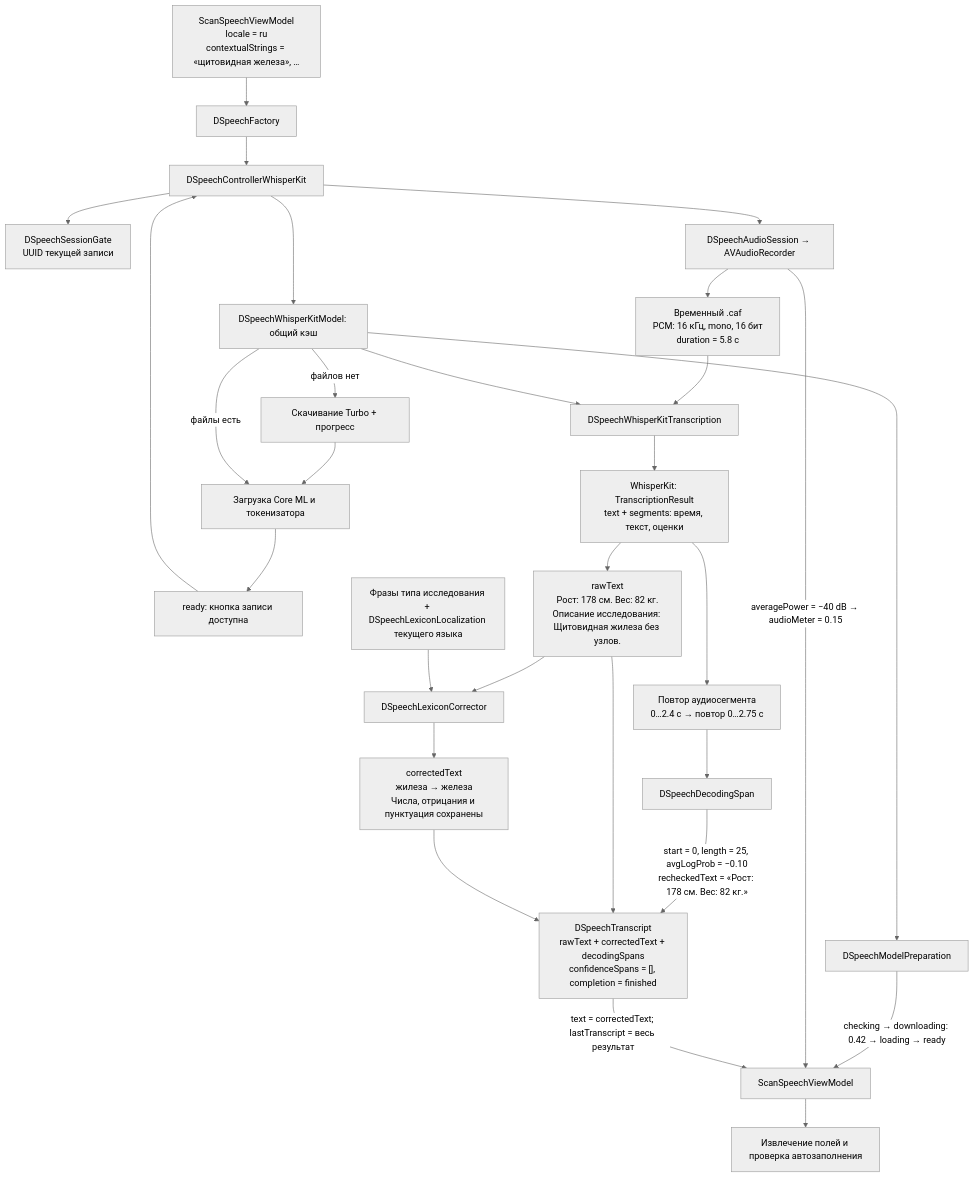
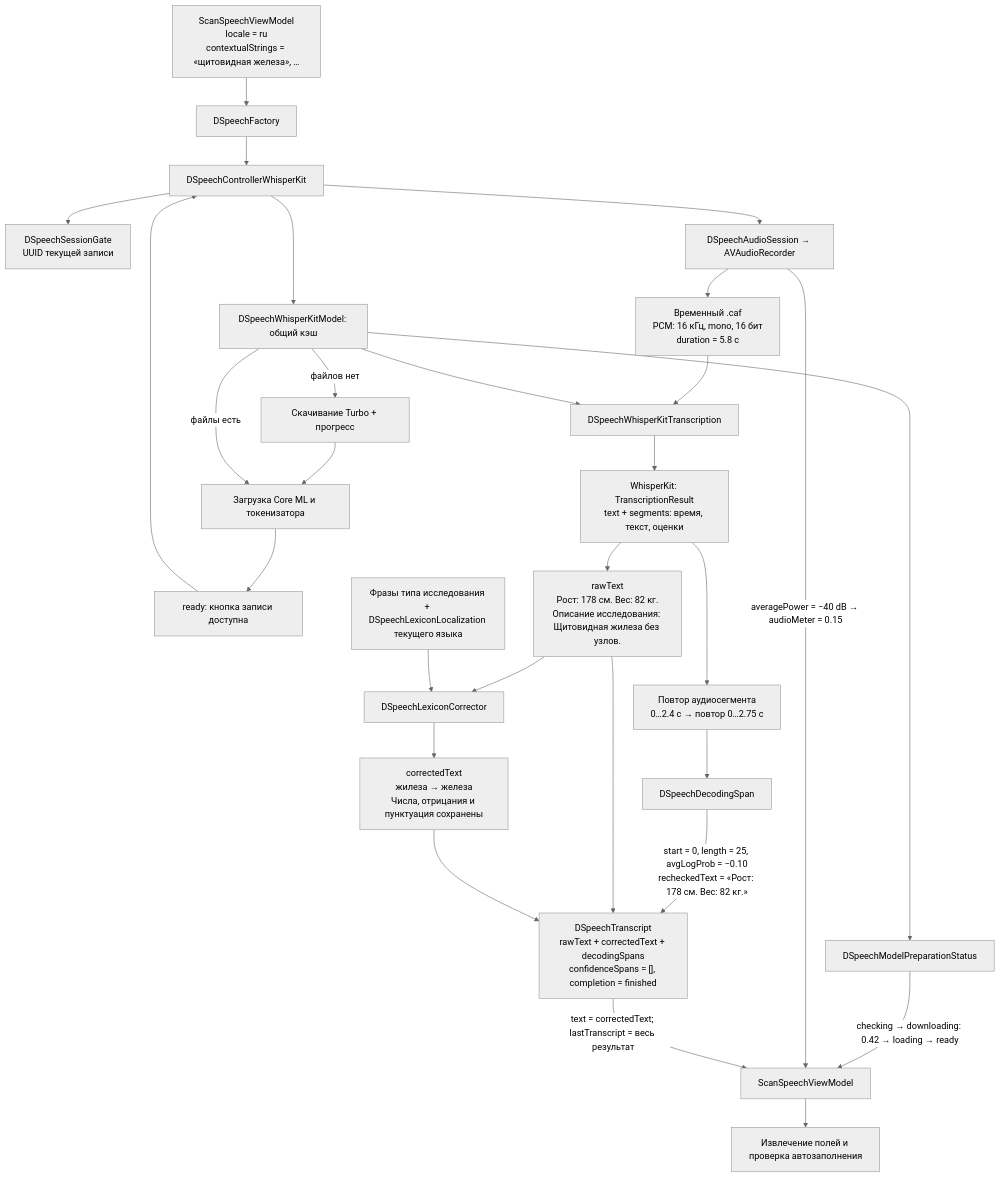
Before and after one commit to ivangalkindeveloper/DoglyadAI: the first of 2 diagrams in ios/DoglyadSpeech/README.md, drawn with Mermaid (neutral theme). The commit also changed other lines of this file and 180 other files, not shown here.

Commit message:
Refine speech flow and state publication

````diff
--- a/ios/DoglyadSpeech/README.md
+++ b/ios/DoglyadSpeech/README.md
@@ -25,31 +27,31 @@
 ```mermaid
 flowchart TD
     Input["ScanSpeechViewModel<br/>locale = ru<br/>contextualStrings = «щитовидная железа», …"] --> Factory[DSpeechFactory]
     Factory --> Controller[DSpeechControllerWhisperKit]
     Controller --> Model[DSpeechWhisperKitModel: общий кэш]
-    Model --> Prepare[DSpeechModelPreparation]
+    Model --> Prepare[DSpeechModelPreparationStatus]
     Prepare -->|"checking → downloading: 0.42 → loading → ready"| UI[ScanSpeechViewModel]
     Model -->|файлов нет| Download[Скачивание Turbo + прогресс]
     Download --> Load[Загрузка Core ML и токенизатора]
     Model -->|файлы есть| Load
     Load --> Ready[ready: кнопка записи доступна]
     Ready --> Controller
     Controller --> Session["DSpeechSessionGate<br/>UUID текущей записи"]
     Controller --> Audio[DSpeechAudioSession → AVAudioRecorder]
     Audio --> File["Временный .caf<br/>PCM: 16 кГц, mono, 16 бит<br/>duration = 5.8 с"]
     Audio -->|"averagePower = −40 dB → audioMeter = 0.15"| UI
     File --> Recognition[DSpeechWhisperKitTranscription]
     Model --> Recognition
     Recognition --> First["WhisperKit: TranscriptionResult<br/>text + segments: время, текст, оценки"]
     First --> Raw["rawText<br/>Рост: 178 см. Вес: 82 кг.<br/>Описание исследования: Щитовидная жилеза без узлов."]
     First --> Repeat["Повтор аудиосегмента<br/>0…2.4 с → повтор 0…2.75 с"]
     Repeat --> Spans[DSpeechDecodingSpan]
     Spans -->|"start = 0, length = 25, avgLogProb = −0.10<br/>recheckedText = «Рост: 178 см. Вес: 82 кг.»"| Transcript
     Raw --> Correction[DSpeechLexiconCorrector]
     Vocabulary[Фразы типа исследования + DSpeechLexiconLocalization текущего языка] --> Correction
     Correction --> Corrected["correctedText<br/>жилеза → железа<br/>Числа, отрицания и пунктуация сохранены"]
     Raw --> Transcript["DSpeechTranscript<br/>rawText + correctedText + decodingSpans<br/>confidenceSpans = [], completion = finished"]
     Corrected --> Transcript
     Transcript -->|"text = correctedText; lastTranscript = весь результат"| UI
     UI --> Parsing[Извлечение полей и проверка автозаполнения]
 ```
````
